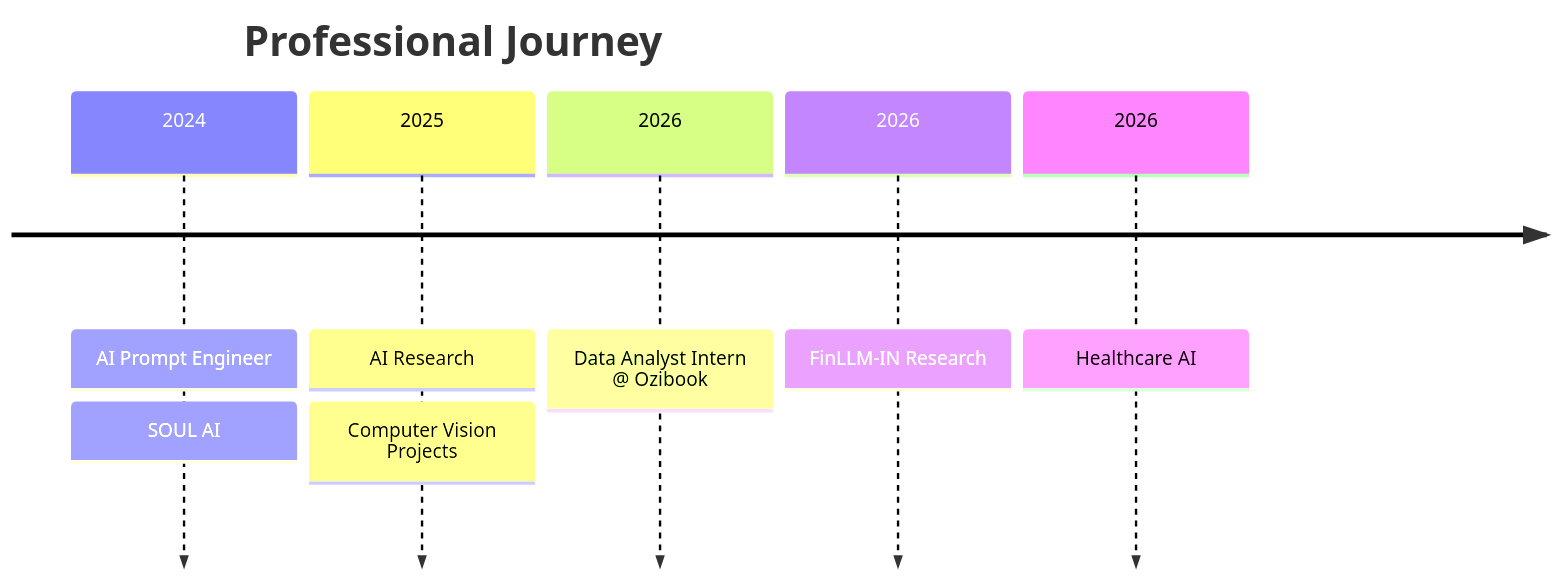
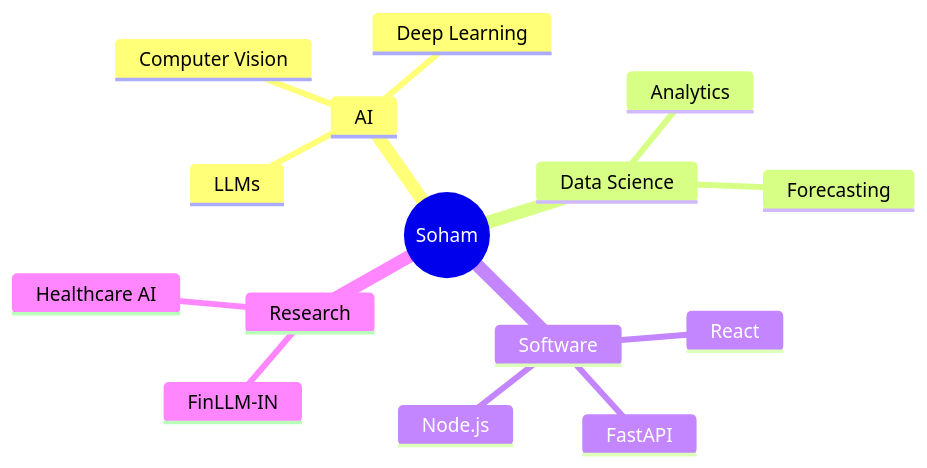
The diagram in README.md (GithubSohamSaha/GithubSohamSaha), drawn with Mermaid before and after one commit. The commit also changed other lines of this file, not shown here.

````diff
--- a/README.md
+++ b/README.md
@@ -315,22 +170,18 @@
 ```mermaid
-timeline
-
-title Professional Journey
-
-2024
-: AI Prompt Engineer
-: SOUL AI
-
-2025
-: AI Research
-: Computer Vision Projects
-
-2026
-: Data Analyst Intern @ Ozibook
-
-2026
-: FinLLM-IN Research
-
-2026
-: Healthcare AI
+mindmap
+  root((Soham))
+    AI
+      LLMs
+      Deep Learning
+      Computer Vision
+    Data Science
+      Analytics
+      Forecasting
+    Software
+      React
+      FastAPI
+      Node.js
+    Research
+      FinLLM-IN
+      Healthcare AI
 ```
````
